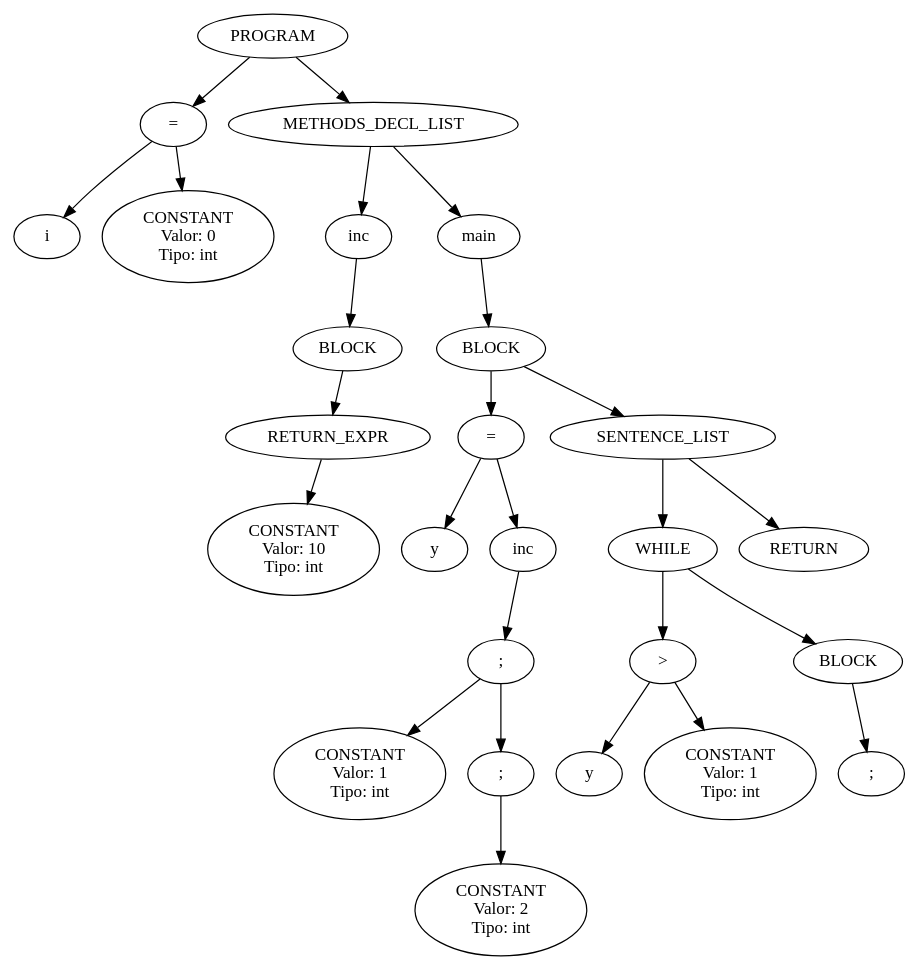
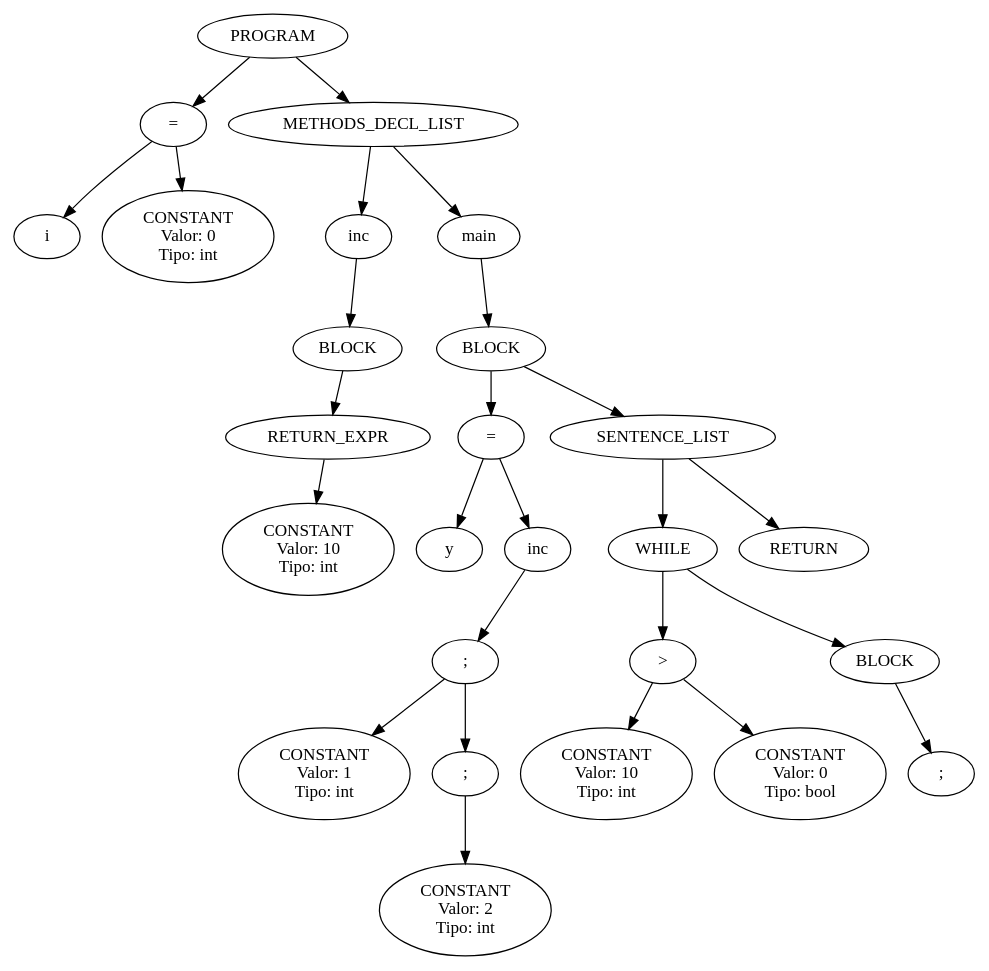
The diagram in ast.dot (LucioMansilla/loopi_compiler), drawn with Graphviz before and after one commit. The commit also changed 3 other files, not shown here.

```diff
--- a/ast.dot
+++ b/ast.dot
@@ -1,53 +1,53 @@
 digraph AST {
   0 [label="PROGRAM"];
   1 [label="="];
   2 [label="i"];
   1 -> 2;
   3 [label="CONSTANT\nValor: 0\nTipo: int"];
   1 -> 3;
   0 -> 1;
   4 [label="METHODS_DECL_LIST"];
   5 [label="inc"];
   6 [label="BLOCK"];
   7 [label="RETURN_EXPR"];
   8 [label="CONSTANT\nValor: 10\nTipo: int"];
   7 -> 8;
   6 -> 7;
   5 -> 6;
   4 -> 5;
   9 [label="main"];
   10 [label="BLOCK"];
   11 [label="="];
   12 [label="y"];
   11 -> 12;
   13 [label="inc"];
   14 [label=";"];
   15 [label="CONSTANT\nValor: 1\nTipo: int"];
   14 -> 15;
   16 [label=";"];
   17 [label="CONSTANT\nValor: 2\nTipo: int"];
   16 -> 17;
   14 -> 16;
   13 -> 14;
   11 -> 13;
   10 -> 11;
   18 [label="SENTENCE_LIST"];
   19 [label="WHILE"];
   20 [label=">"];
-  21 [label="y"];
+  21 [label="CONSTANT\nValor: 10\nTipo: int"];
   20 -> 21;
-  22 [label="CONSTANT\nValor: 1\nTipo: int"];
+  22 [label="CONSTANT\nValor: 0\nTipo: bool"];
   20 -> 22;
   19 -> 20;
   23 [label="BLOCK"];
   24 [label=" ; "];
   23 -> 24;
   19 -> 23;
   18 -> 19;
   25 [label="RETURN"];
   18 -> 25;
   10 -> 18;
   9 -> 10;
   4 -> 9;
   0 -> 4;
 }
```
